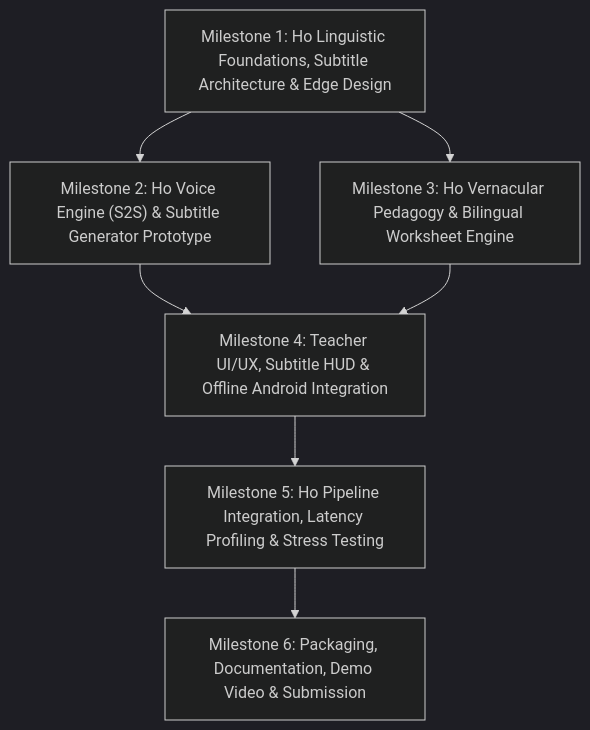
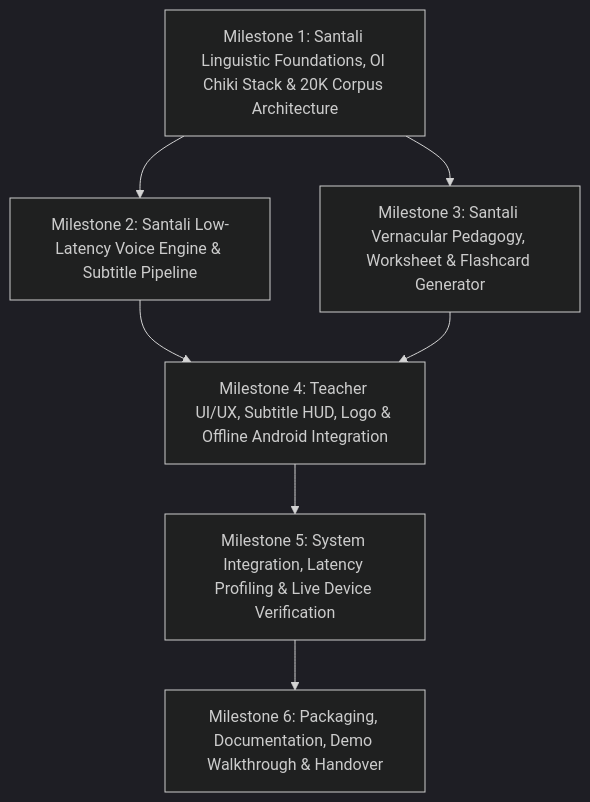
The diagram in ROADMAP.md (akasajal/PalashSaathi), drawn with Mermaid (dark theme) before and after one commit. The commit also changed other lines of this file and 20 other files, not shown here.

````diff
--- a/ROADMAP.md
+++ b/ROADMAP.md
@@ -28,9 +29,9 @@
 ```mermaid
 graph TD
-    M1["Milestone 1: Ho Linguistic Foundations, Subtitle Architecture & Edge Design"] --> M2["Milestone 2: Ho Voice Engine (S2S) & Subtitle Generator Prototype"]
-    M1 --> M3["Milestone 3: Ho Vernacular Pedagogy & Bilingual Worksheet Engine"]
-    M2 --> M4["Milestone 4: Teacher UI/UX, Subtitle HUD & Offline Android Integration"]
+    M1["Milestone 1: Santali Linguistic Foundations, Ol Chiki Stack & 20K Corpus Architecture"] --> M2["Milestone 2: Santali Low-Latency Voice Engine & Subtitle Pipeline"]
+    M1 --> M3["Milestone 3: Santali Vernacular Pedagogy, Worksheet & Flashcard Generator"]
+    M2 --> M4["Milestone 4: Teacher UI/UX, Subtitle HUD, Logo & Offline Android Integration"]
     M3 --> M4
-    M4 --> M5["Milestone 5: Ho Pipeline Integration, Latency Profiling & Stress Testing"]
-    M5 --> M6["Milestone 6: Packaging, Documentation, Demo Video & Submission"]
+    M4 --> M5["Milestone 5: System Integration, Latency Profiling & Live Device Verification"]
+    M5 --> M6["Milestone 6: Packaging, Documentation, Demo Walkthrough & Handover"]
 ```
````
